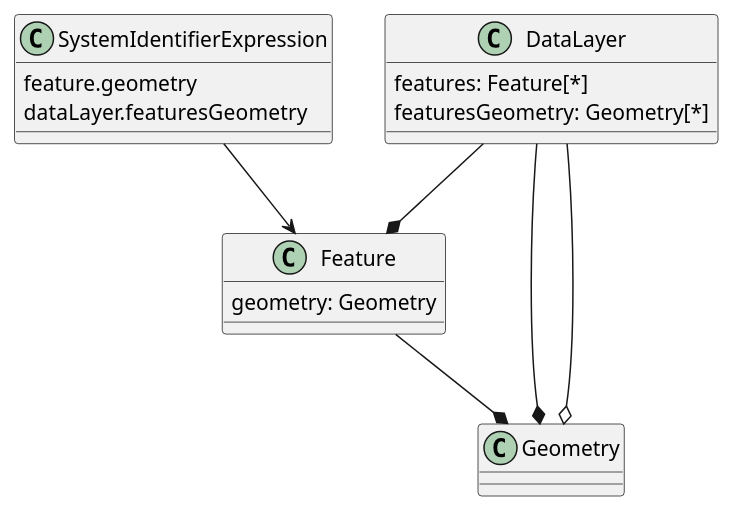
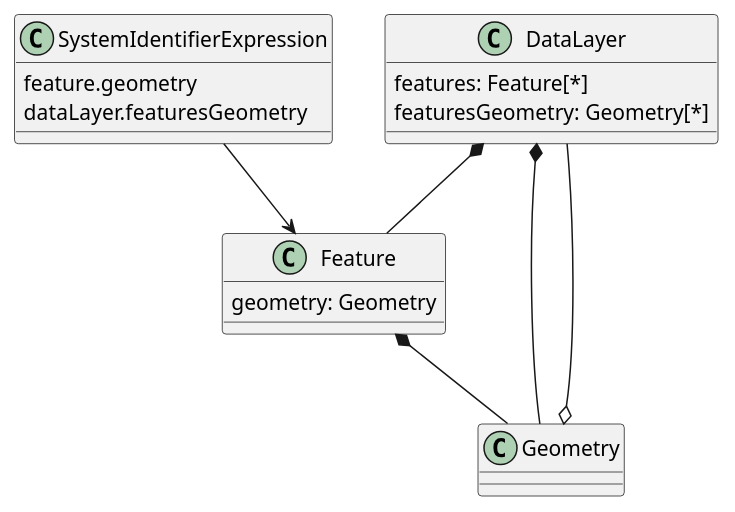
One commit to opengeospatial/styles-and-symbology changed the fourth of 10 diagrams in core/sections/clause_18_functions.adoc. Above: the diagram before and after it, drawn with PlantUML. The commit also changed other lines of this file and 10 other files, not shown here.

```diff
--- a/core/sections/clause_18_functions.adoc
+++ b/core/sections/clause_18_functions.adoc
@@ -166,18 +166,18 @@
 [plantuml, target=diagram-classes, format=png]
 ....
 class Feature
 
 Feature : geometry: Geometry
 
 DataLayer : features: Feature[*]
 DataLayer : featuresGeometry: Geometry[*]
 
 SystemIdentifierExpression : feature.geometry
 SystemIdentifierExpression : dataLayer.featuresGeometry
 
 SystemIdentifierExpression --> Feature
-DataLayer --* Geometry
-DataLayer --* Feature
+DataLayer *-- Geometry
+DataLayer *-- Feature
 DataLayer --o Geometry
-Feature --* Geometry
+Feature *-- Geometry
 ....
```
